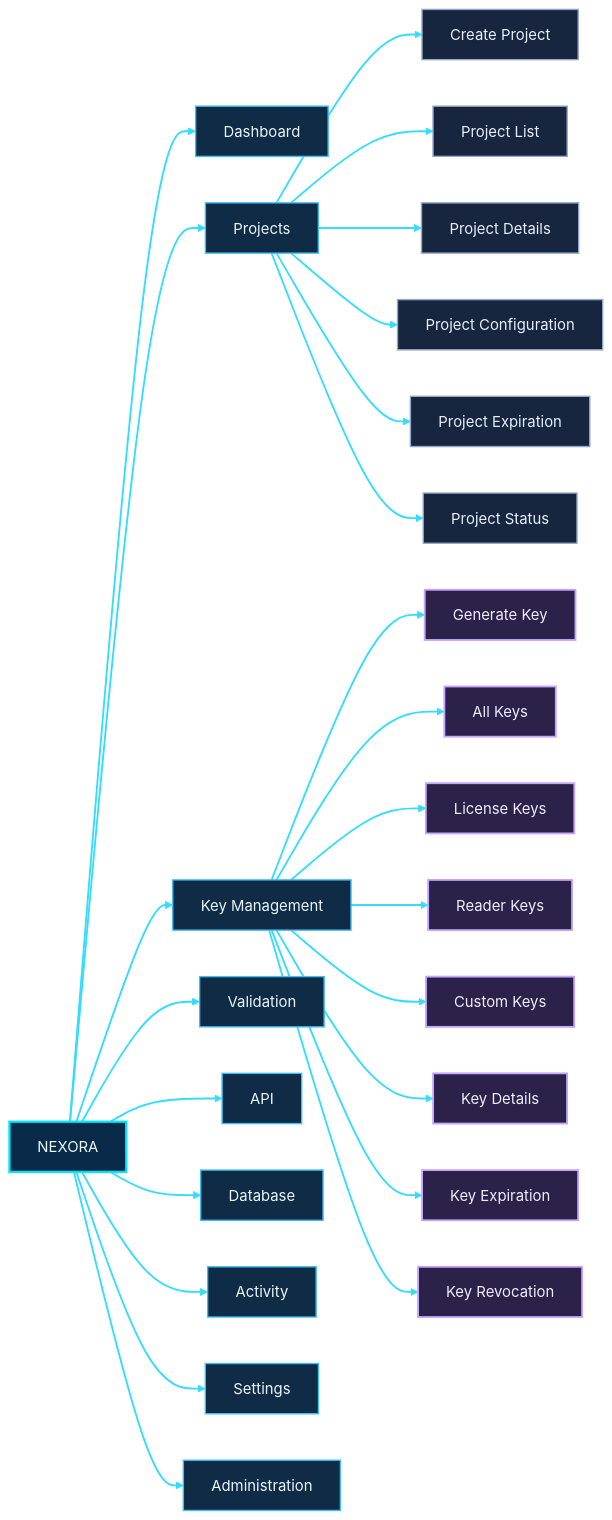
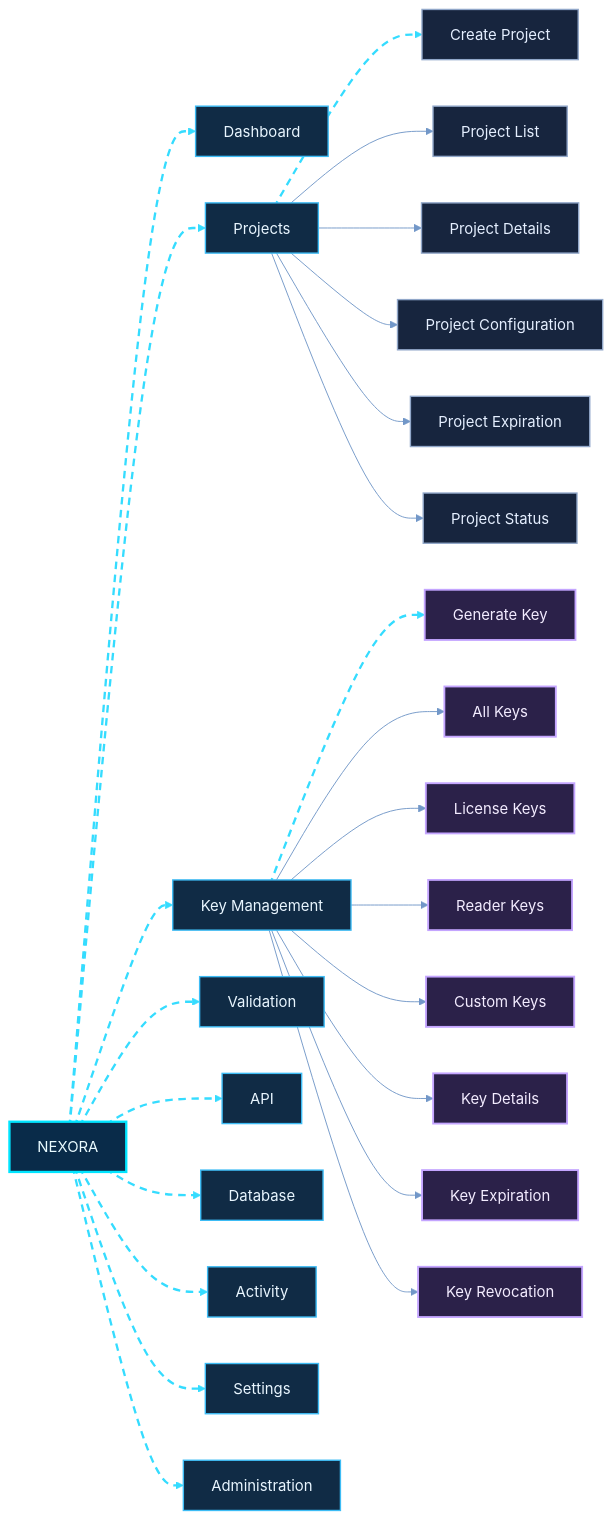
One commit to shajeduzzamanenan992008inc/NexOra-Database-key-Gen changed the fifth of 23 diagrams in README.md. Above: the diagram before and after it, drawn with Mermaid. The commit also changed other lines of this file, not shown here.

````diff
--- a/README.md
+++ b/README.md
@@ -617,45 +629,48 @@
 ```mermaid
+%%{init: {"theme":"base","themeVariables":{"darkMode":true,"background":"#07111f","primaryColor":"#102744","primaryTextColor":"#e8f7ff","primaryBorderColor":"#00d9ff","lineColor":"#7297c8","secondaryColor":"#261d45","secondaryTextColor":"#f3eaff","secondaryBorderColor":"#a78bfa","tertiaryColor":"#12332b","tertiaryTextColor":"#e0fff1","tertiaryBorderColor":"#41e6a2","fontFamily":"Inter, Segoe UI, sans-serif","edgeLabelBackground":"#101d34","mainBkg":"#102744","nodeBorder":"#00d9ff","clusterBkg":"#0b1930","clusterBorder":"#6f7dff","actorBkg":"#102744","actorBorder":"#00d9ff","actorTextColor":"#e8f7ff","signalColor":"#64d8ff","signalTextColor":"#e8f7ff","noteBkgColor":"#0e332b","noteBorderColor":"#41e6a2","noteTextColor":"#e0fff1"}}}%%
 flowchart LR
-    NX["NEXORA"] --> N1["Dashboard"]
-    NX --> N2["Projects"]
-    NX --> N3["Key Management"]
-    NX --> N4["Validation"]
-    NX --> N5["API"]
-    NX --> N6["Database"]
-    NX --> N7["Activity"]
-    NX --> N8["Settings"]
-    NX --> N9["Administration"]
+    NX["NEXORA"] nx05e01@--> N1["Dashboard"]
+    NX nx05e02@--> N2["Projects"]
+    NX nx05e03@--> N3["Key Management"]
+    NX nx05e04@--> N4["Validation"]
+    NX nx05e05@--> N5["API"]
+    NX nx05e06@--> N6["Database"]
+    NX nx05e07@--> N7["Activity"]
+    NX nx05e08@--> N8["Settings"]
+    NX nx05e09@--> N9["Administration"]
 
-    N2 --> P1["Create Project"]
+    N2 nx05e10@--> P1["Create Project"]
     N2 --> P2["Project List"]
     N2 --> P3["Project Details"]
     N2 --> P4["Project Configuration"]
     N2 --> P5["Project Expiration"]
     N2 --> P6["Project Status"]
 
-    N3 --> K1["Generate Key"]
+    N3 nx05e11@--> K1["Generate Key"]
     N3 --> K2["All Keys"]
     N3 --> K3["License Keys"]
     N3 --> K4["Reader Keys"]
     N3 --> K5["Custom Keys"]
     N3 --> K6["Key Details"]
     N3 --> K7["Key Expiration"]
     N3 --> K8["Key Revocation"]
 
     %% OMEGA NEX-ORA visual classes
     %% OMEGA NEX-ORA / ULTRA NEON PALETTE
     classDef nxCore fill:#092b49,stroke:#00e5ff,stroke-width:2.5px,color:#e9fbff;
     classDef nxProcess fill:#102b45,stroke:#3dbcf5,stroke-width:1.5px,color:#e9f6ff;
     classDef nxDecision fill:#2b2050,stroke:#b38cff,stroke-width:2px,color:#f3edff;
     classDef nxSuccess fill:#0d3b2c,stroke:#3fffa0,stroke-width:2px,color:#e0fff0;
     classDef nxDanger fill:#451d30,stroke:#ff6688,stroke-width:2px,color:#fff0f3;
     classDef nxData fill:#12352d,stroke:#63e6be,stroke-width:2px,color:#e1fff5;
     classDef nxExternal fill:#2b2149,stroke:#c4a5ff,stroke-width:2px,color:#f3ecff;
     classDef nxInfo fill:#17253e,stroke:#91a7c9,stroke-width:1.5px,color:#e5efff;
     classDef nxWarning fill:#453116,stroke:#fbbf24,stroke-width:2px,color:#fff6d6;
+    %% Moving dashed route: Mermaid applies this class to explicitly identified edges.
+    classDef nxAnimated stroke:#35dcff,stroke-width:2.5px,stroke-dasharray:8\,6,stroke-dashoffset:1000,animation:dash 24s linear infinite;
     class NX nxCore;
     class N1,N2,N3,N4,N5,N6,N7,N8,N9 nxProcess;
     class P1,P2,P3,P4,P5,P6 nxInfo;
     class K1,K2,K3,K4,K5,K6,K7,K8 nxExternal;
-    linkStyle default stroke:#35dcff,stroke-width:2px;
+    class nx05e01,nx05e02,nx05e03,nx05e04,nx05e05,nx05e06,nx05e07,nx05e08,nx05e09,nx05e10,nx05e11 nxAnimated;
 ```
````
